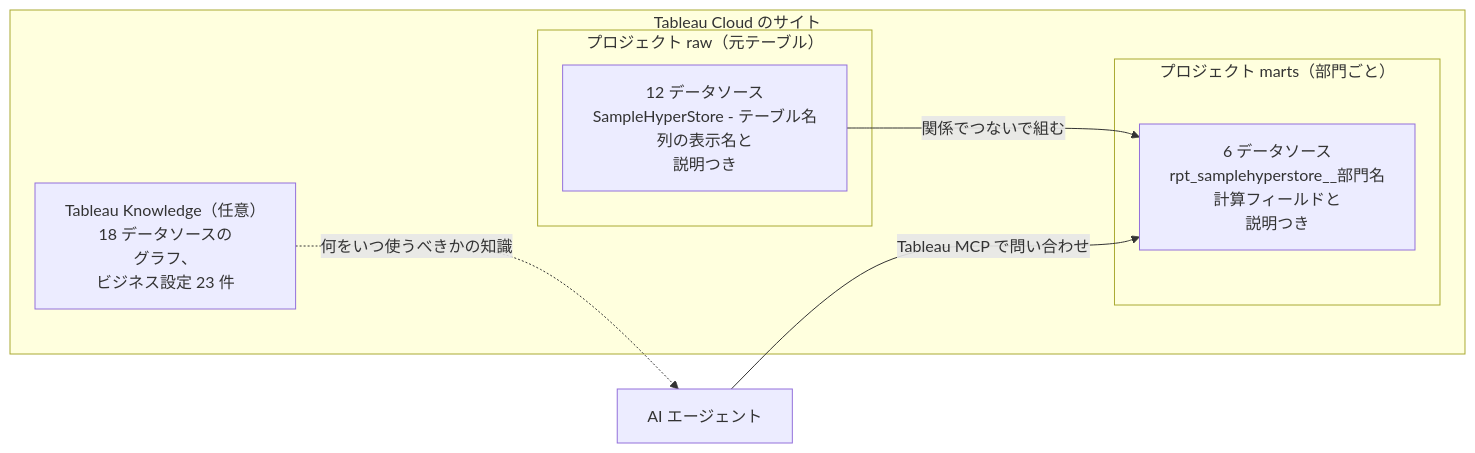
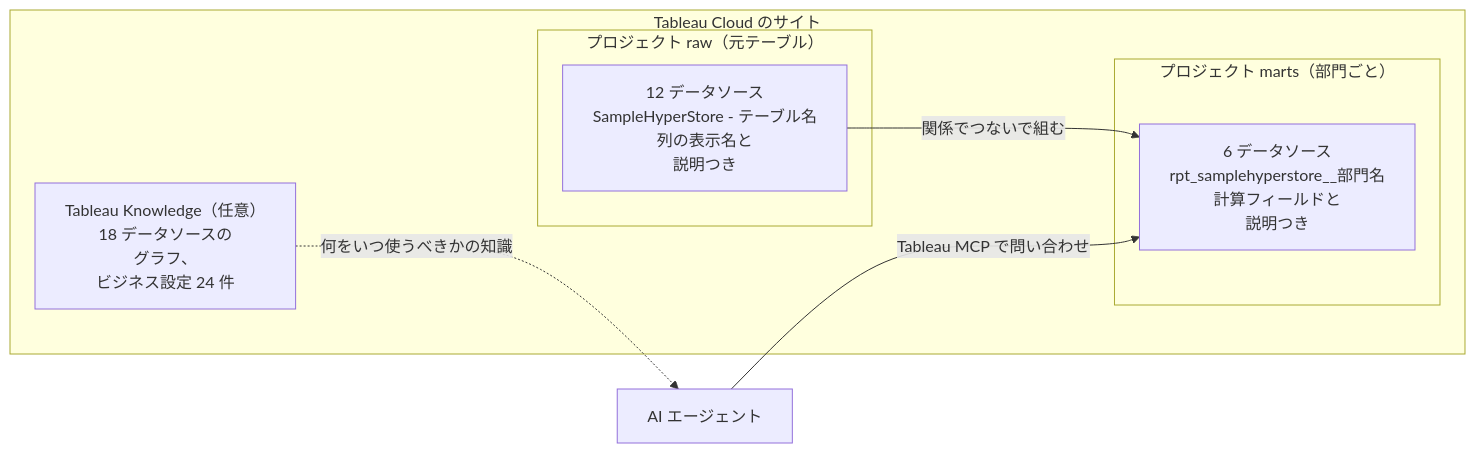
The fourth of 4 diagrams in ja/README.md (YoshitakaArakawa/SampleHyperStore), drawn with Mermaid before and after one commit. The commit also changed other lines of this file and 8 other files, not shown here.

````diff
--- a/ja/README.md
+++ b/ja/README.md
@@ -93,16 +93,16 @@
 ```mermaid
 %%{init: {"flowchart": {"wrappingWidth": 400}}}%%
 flowchart LR
     subgraph site["Tableau Cloud のサイト"]
         subgraph raw["プロジェクト raw（元テーブル）"]
             R["12 データソース<br/>SampleHyperStore - テーブル名<br/>列の表示名と<br/>説明つき"]
         end
         subgraph marts["プロジェクト marts（部門ごと）"]
             M["6 データソース<br/>rpt_samplehyperstore__部門名<br/>計算フィールドと<br/>説明つき"]
         end
-        K["Tableau Knowledge（任意）<br/>18 データソースの<br/>グラフ、<br/>ビジネス設定 23 件"]
+        K["Tableau Knowledge（任意）<br/>18 データソースの<br/>グラフ、<br/>ビジネス設定 24 件"]
     end
     R -- "関係でつないで組む" --> M
     AI["AI エージェント"] -- "Tableau MCP で問い合わせ" --> M
     K -. "何をいつ使うべきかの知識" .-> AI
 ```
````
